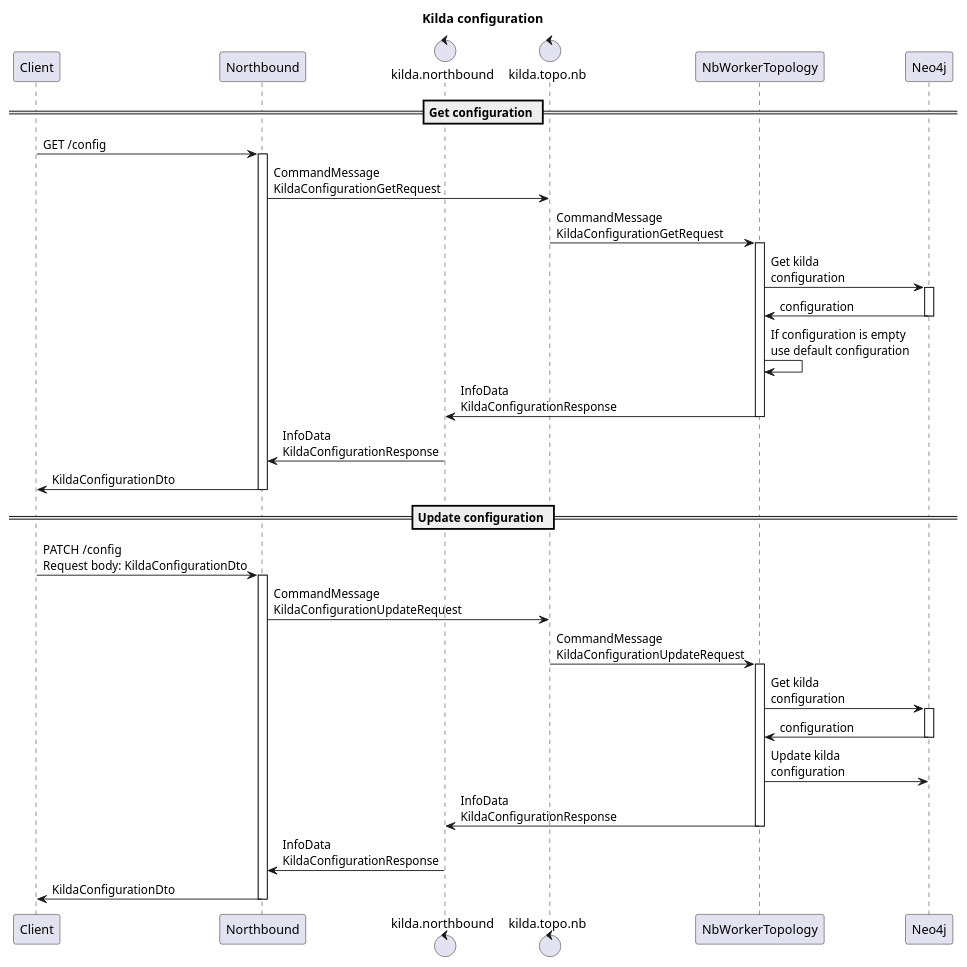
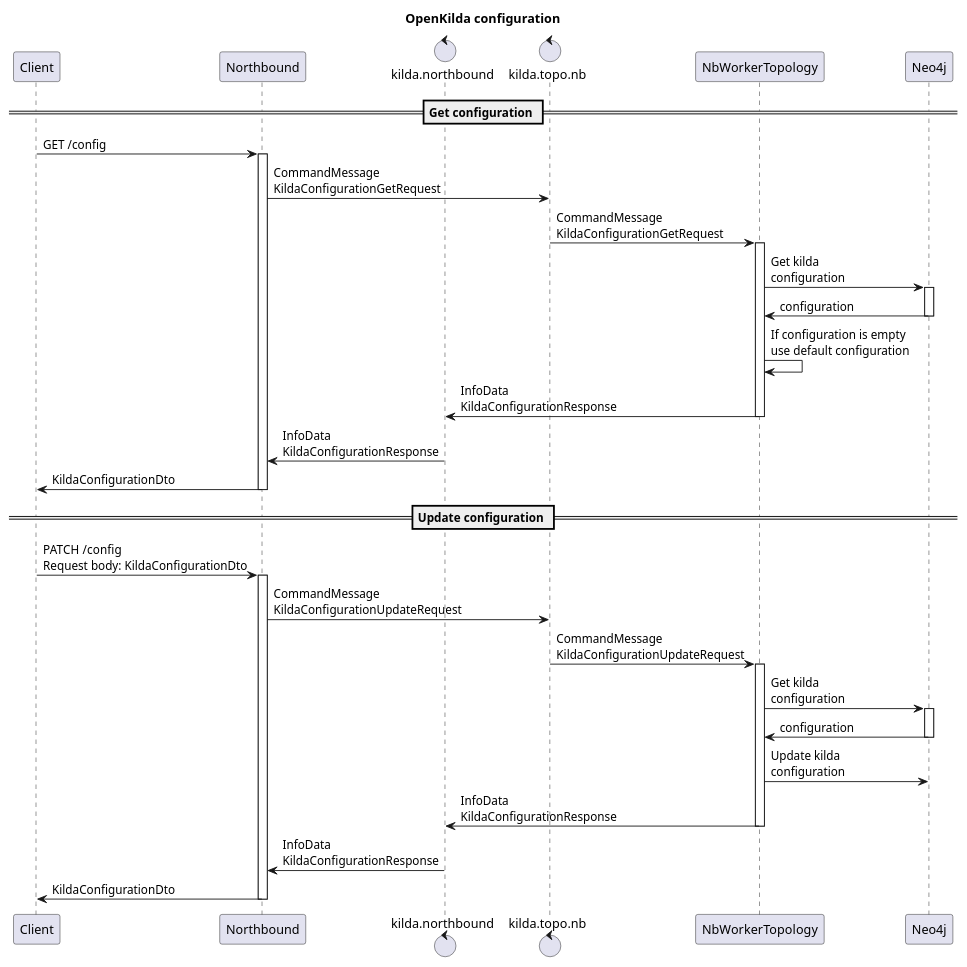
One commit to telstra/open-kilda changed the diagram in docs/design/outdated/usecase/kilda-config.puml. Above: the diagram before and after it, drawn with PlantUML. The commit also changed 35 other files, not shown here.

Commit message:
Replace "Kilda" with "OpenKilda", "FloodLight" with "Floodlight", and some other typos.

```diff
--- a/docs/design/outdated/usecase/kilda-config.puml
+++ b/docs/design/outdated/usecase/kilda-config.puml
@@ -1,56 +1,56 @@
 @startuml
 
-title Kilda configuration
+title OpenKilda configuration
 
 participant Client
 participant Northbound
 control kilda.northbound
 control kilda.topo.nb
 participant NbWorkerTopology
 participant Neo4j
 
 == Get configuration ==
 
 Client -> Northbound : GET /config
 
 activate Northbound
 Northbound -> kilda.topo.nb : CommandMessage\nKildaConfigurationGetRequest
 kilda.topo.nb -> NbWorkerTopology : CommandMessage\nKildaConfigurationGetRequest
 activate NbWorkerTopology
 
 NbWorkerTopology -> Neo4j : Get kilda\nconfiguration
 activate Neo4j
 Neo4j -> NbWorkerTopology : configuration
 deactivate Neo4j
 
 NbWorkerTopology -> NbWorkerTopology : If configuration is empty\nuse default configuration
 
 NbWorkerTopology -> kilda.northbound : InfoData\nKildaConfigurationResponse
 deactivate NbWorkerTopology
 kilda.northbound -> Northbound : InfoData\nKildaConfigurationResponse
 Northbound -> Client : KildaConfigurationDto
 deactivate Northbound
 
 == Update configuration ==
 
 Client -> Northbound : PATCH /config\nRequest body: KildaConfigurationDto
 
 activate Northbound
 Northbound -> kilda.topo.nb : CommandMessage\nKildaConfigurationUpdateRequest
 kilda.topo.nb -> NbWorkerTopology : CommandMessage\nKildaConfigurationUpdateRequest
 activate NbWorkerTopology
 
 NbWorkerTopology -> Neo4j : Get kilda\nconfiguration
 activate Neo4j
 Neo4j -> NbWorkerTopology : configuration
 deactivate Neo4j
 
 NbWorkerTopology -> Neo4j : Update kilda\nconfiguration
 
 NbWorkerTopology -> kilda.northbound : InfoData\nKildaConfigurationResponse
 deactivate NbWorkerTopology
 kilda.northbound -> Northbound : InfoData\nKildaConfigurationResponse
 Northbound -> Client : KildaConfigurationDto
 deactivate Northbound
 
 @enduml
```
